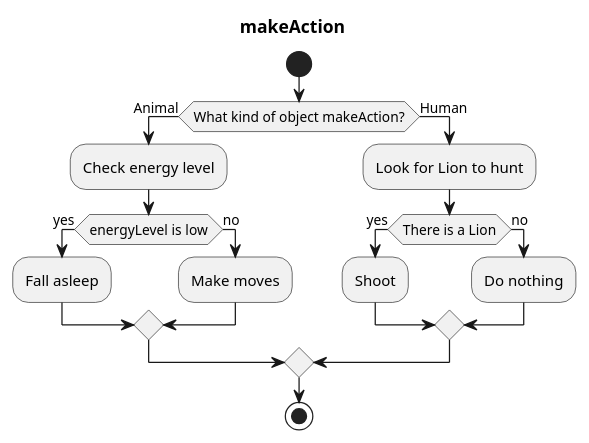
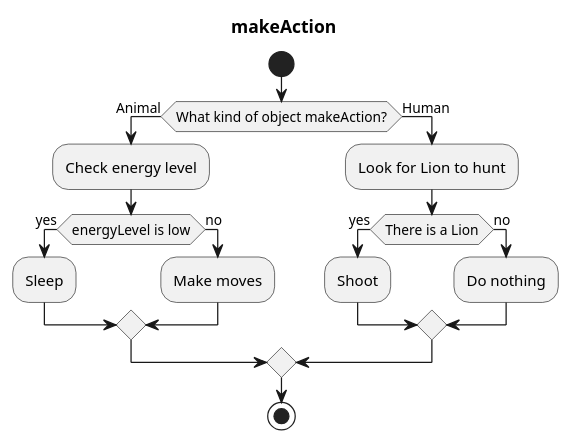
The diagram in src/main/activityDiagramMakeAction.puml (Karolina606/Safari), drawn with PlantUML before and after one commit. The commit also changed 5 other files, not shown here.

Commit message:
add sequence diagrams

```diff
--- a/src/main/activityDiagramMakeAction.puml
+++ b/src/main/activityDiagramMakeAction.puml
@@ -1,20 +1,20 @@
 @startuml
 title makeAction
 start
 if(What kind of object makeAction?) then(Animal)
     :Check energy level;
     if(energyLevel is low) then (yes)
-        :Fall asleep;
+        :Sleep;
     else(no)
         :Make moves;
     endif
 else(Human)
     :Look for Lion to hunt;
     if(There is a Lion) then (yes)
         :Shoot;
     else(no)
         :Do nothing;
     endif;
 endif
 stop
 @enduml
```
